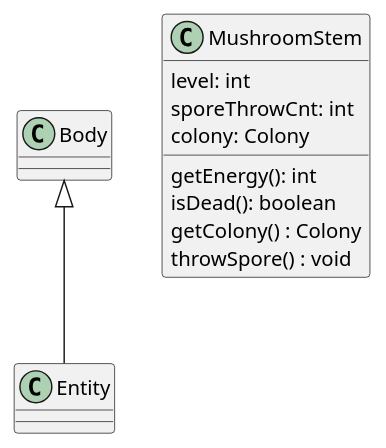
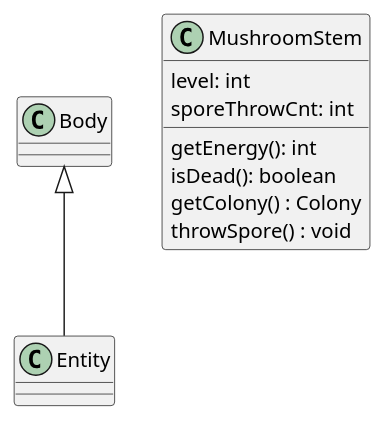
One commit to Petya-G/fungorium changed the diagram in 3/classes/mushroomStem.puml. Above: the diagram before and after it, drawn with PlantUML.

Commit message:
changed mushroomStem class

```diff
--- a/3/classes/mushroomStem.puml
+++ b/3/classes/mushroomStem.puml
@@ -1,13 +1,12 @@
 @startuml body
 
 Body <|-- Entity
 class MushroomStem{
     level: int
     sporeThrowCnt: int
-    colony: Colony
     getEnergy(): int
     isDead(): boolean
     getColony() : Colony
     throwSpore() : void
 }
 @enduml
```
